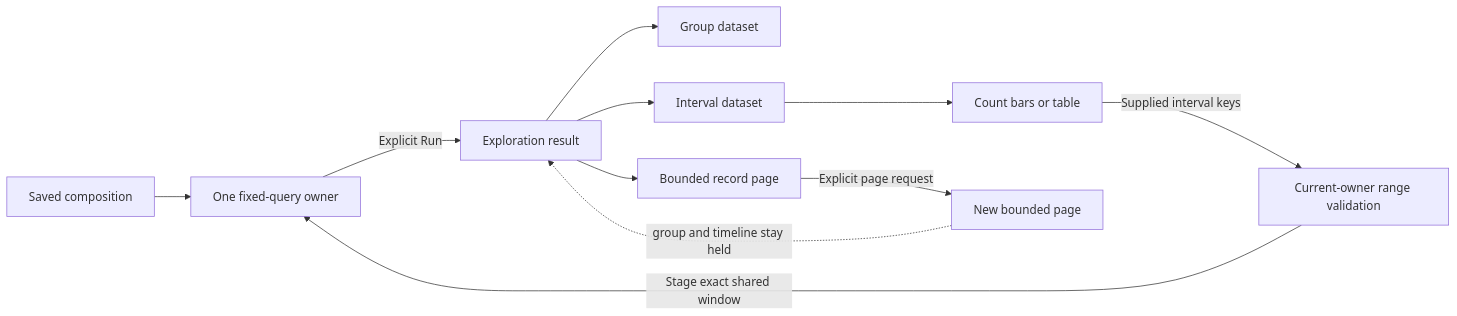
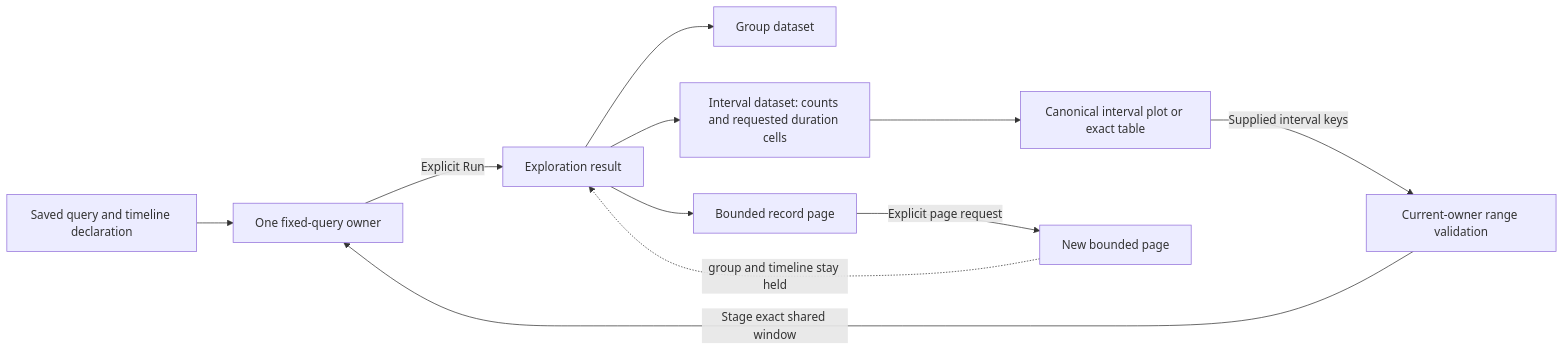
One commit to casselc/goo changed the diagram in docs/SAVED_COUNT_TIMELINE.md. Above: the diagram before and after it, drawn with Mermaid. The commit also changed other lines of this file and 40 other files, not shown here.

Commit message:
Add canonical mean and p95 duration timelines

````diff
--- a/docs/SAVED_COUNT_TIMELINE.md
+++ b/docs/SAVED_COUNT_TIMELINE.md
@@ -22,13 +35,13 @@
 ```mermaid
 flowchart LR
-  C[Saved composition] --> O[One fixed-query owner]
+  C[Saved query and timeline declaration] --> O[One fixed-query owner]
   O -->|Explicit Run| R[Exploration result]
   R --> G[Group dataset]
-  R --> T[Interval dataset]
+  R --> T[Interval dataset: counts and requested duration cells]
   R --> P[Bounded record page]
-  T --> V[Count bars or table]
+  T --> V[Canonical interval plot or exact table]
   V -->|Supplied interval keys| H[Current-owner range validation]
   H -->|Stage exact shared window| O
   P -->|Explicit page request| N[New bounded page]
   N -. group and timeline stay held .-> R
 ```
````
